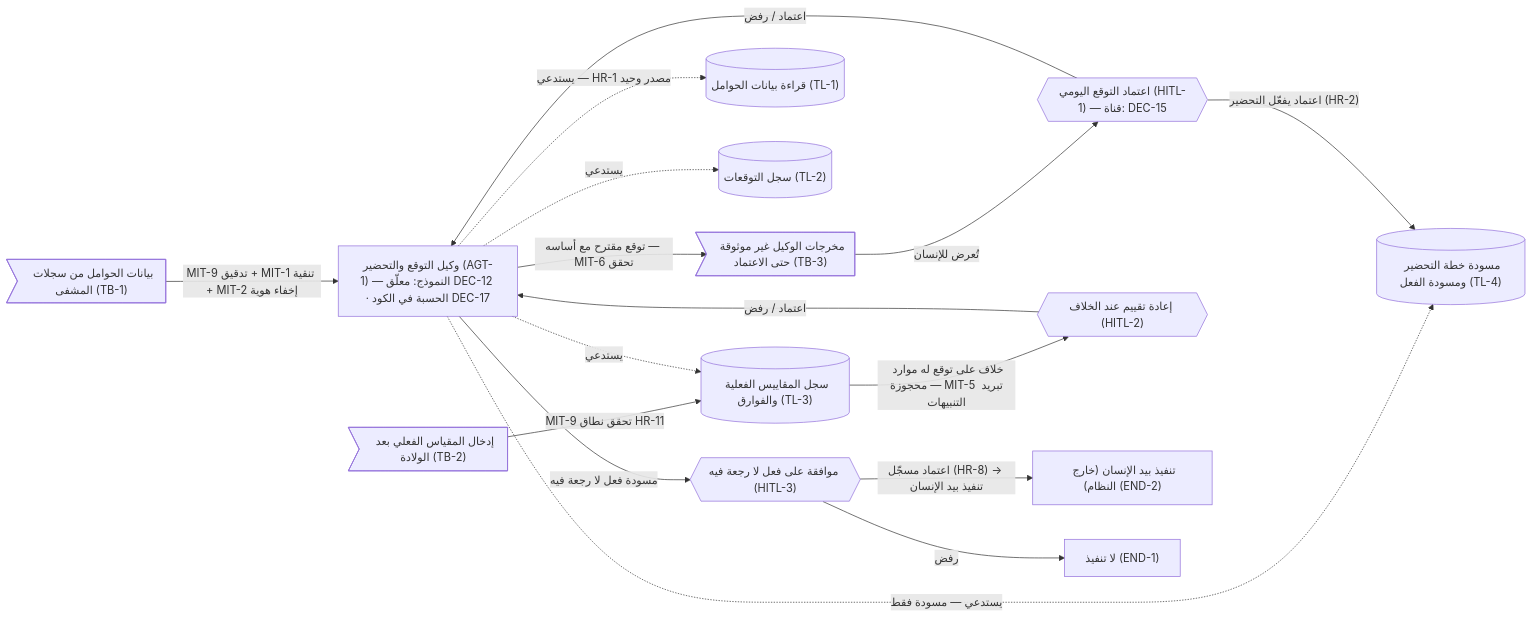
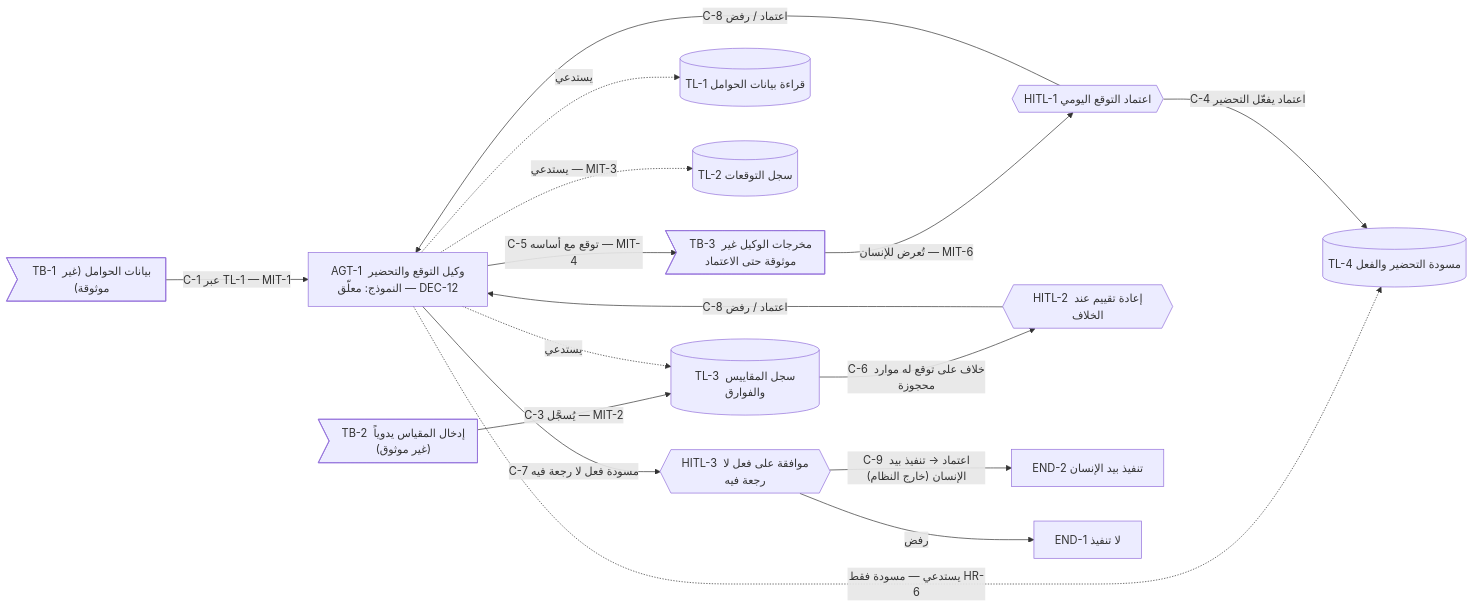
One commit to samshalayel/my-office changed the diagram in AGENTE/AGENTE_s2_playbook.md. Above: the diagram before and after it, drawn with Mermaid. The commit also changed other lines of this file, not shown here.

````diff
--- a/AGENTE/AGENTE_s2_playbook.md
+++ b/AGENTE/AGENTE_s2_playbook.md
@@ -9,18 +8,18 @@
 ```mermaid
 flowchart LR
-  TB1>"بيانات الحوامل من سجلات المشفى (TB-1)"] -->|"MIT-9 تدقيق + MIT-1 تنقية + MIT-2 إخفاء هوية"| AGT1["وكيل التوقع والتحضير (AGT-1) — النموذج: معلّق DEC-12 · الحسبة في الكود DEC-17"]
-  TB2>"إدخال المقياس الفعلي بعد الولادة (TB-2)"] -->|"MIT-9 تحقق نطاق HR-11"| TL3[("سجل المقاييس الفعلية والفوارق (TL-3)")]
-  AGT1 -.->|"يستدعي — HR-1 مصدر وحيد"| TL1[("قراءة بيانات الحوامل (TL-1)")]
-  AGT1 -.->|"يستدعي"| TL2[("سجل التوقعات (TL-2)")]
+  TB1>"TB-1 بيانات الحوامل (غير موثوقة)"] -->|"C-1 عبر TL-1 — MIT-1"| AGT1["AGT-1 وكيل التوقع والتحضير — النموذج: معلّق DEC-12"]
+  TB2>"TB-2 إدخال المقياس يدوياً (غير موثوق)"] -->|"C-3 يُسجَّل — MIT-2"| TL3[("TL-3 سجل المقاييس والفوارق")]
+  AGT1 -.->|"يستدعي"| TL1[("TL-1 قراءة بيانات الحوامل")]
+  AGT1 -.->|"يستدعي — MIT-3"| TL2[("TL-2 سجل التوقعات")]
   AGT1 -.->|"يستدعي"| TL3
-  AGT1 -.->|"يستدعي — مسودة فقط"| TL4[("مسودة خطة التحضير ومسودة الفعل (TL-4)")]
-  AGT1 -->|"توقع مقترح مع أساسه — MIT-6 تحقق"| TB3>"مخرجات الوكيل غير موثوقة حتى الاعتماد (TB-3)"]
-  TB3 -->|"تُعرض للإنسان"| HITL1{{"اعتماد التوقع اليومي (HITL-1) — قناة: DEC-15"}}
-  HITL1 -->|"اعتماد / رفض"| AGT1
-  HITL1 -->|"اعتماد يفعّل التحضير (HR-2)"| TL4
-  TL3 -->|"خلاف على توقع له موارد محجوزة — MIT-5 تبريد التنبيهات"| HITL2{{"إعادة تقييم عند الخلاف (HITL-2)"}}
-  HITL2 -->|"اعتماد / رفض"| AGT1
-  AGT1 -->|"مسودة فعل لا رجعة فيه"| HITL3{{"موافقة على فعل لا رجعة فيه (HITL-3)"}}
-  HITL3 -->|"اعتماد مسجّل (HR-8) → تنفيذ بيد الإنسان"| END2["تنفيذ بيد الإنسان (خارج النظام) (END-2)"]
-  HITL3 -->|"رفض"| END1["لا تنفيذ (END-1)"]
+  AGT1 -.->|"يستدعي — مسودة فقط HR-6"| TL4[("TL-4 مسودة التحضير والفعل")]
+  AGT1 -->|"C-5 توقع مع أساسه — MIT-4"| TB3>"TB-3 مخرجات الوكيل غير موثوقة حتى الاعتماد"]
+  TB3 -->|"تُعرض للإنسان — MIT-6"| HITL1{{"HITL-1 اعتماد التوقع اليومي"}}
+  HITL1 -->|"C-8 اعتماد / رفض"| AGT1
+  HITL1 -->|"C-4 اعتماد يفعّل التحضير"| TL4
+  TL3 -->|"C-6 خلاف على توقع له موارد محجوزة"| HITL2{{"HITL-2 إعادة تقييم عند الخلاف"}}
+  HITL2 -->|"C-8 اعتماد / رفض"| AGT1
+  AGT1 -->|"C-7 مسودة فعل لا رجعة فيه"| HITL3{{"HITL-3 موافقة على فعل لا رجعة فيه"}}
+  HITL3 -->|"C-9 اعتماد → تنفيذ بيد الإنسان (خارج النظام)"| END2["END-2 تنفيذ بيد الإنسان"]
+  HITL3 -->|"رفض"| END1["END-1 لا تنفيذ"]
 ```
````
